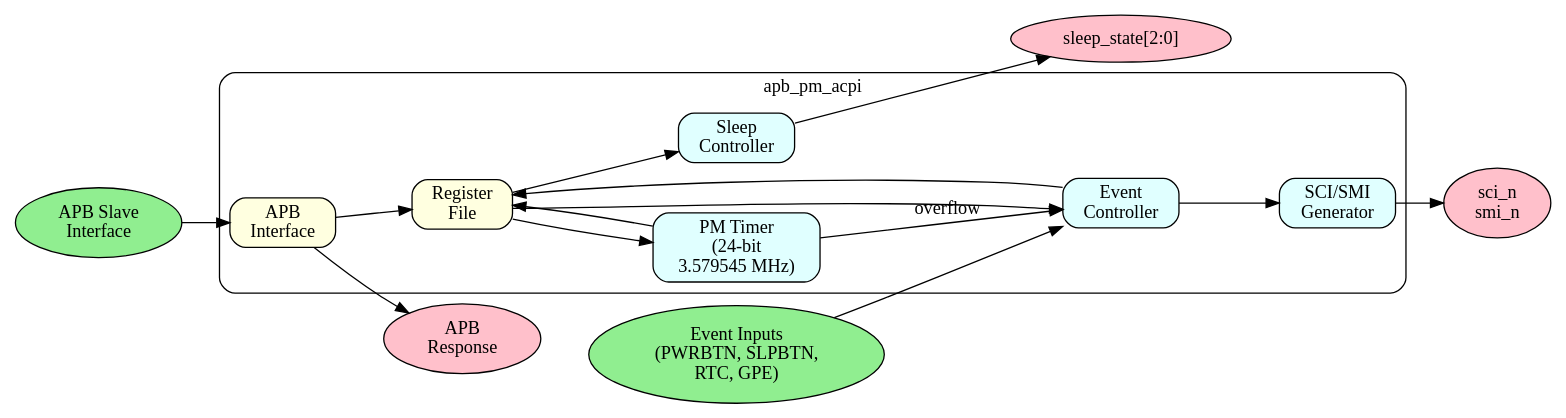
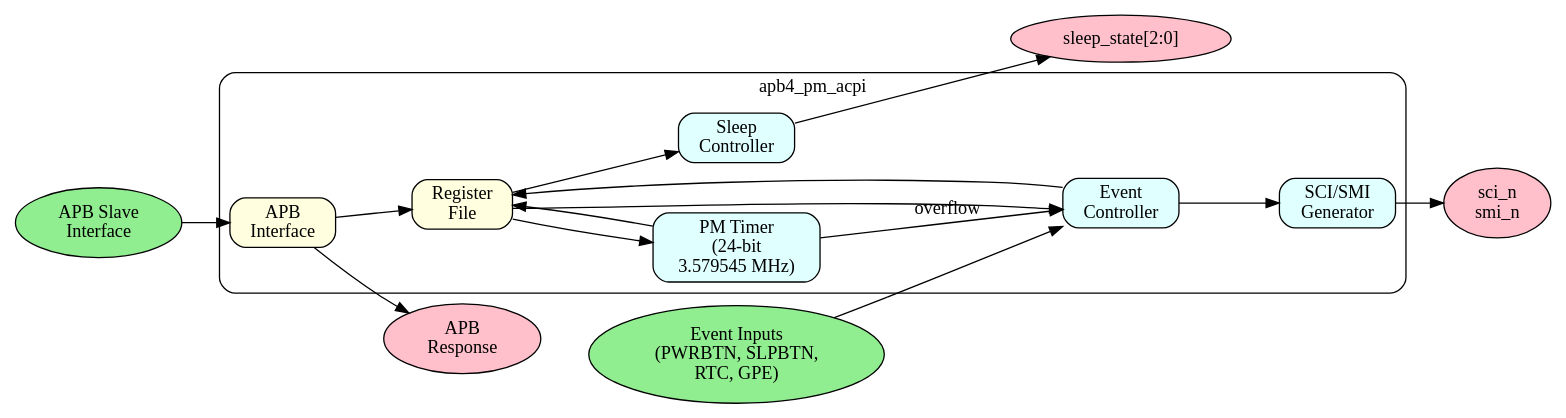
One commit to sean-galloway/RTLDesignSherpa changed the diagram in projects/components/retro_legacy_blocks/docs/pm_acpi_mas/assets/graphviz/pm_acpi_top.gv. Above: the diagram before and after it, drawn with Graphviz. The commit also changed 751 other files, not shown here.

```diff
--- a/projects/components/retro_legacy_blocks/docs/pm_acpi_mas/assets/graphviz/pm_acpi_top.gv
+++ b/projects/components/retro_legacy_blocks/docs/pm_acpi_mas/assets/graphviz/pm_acpi_top.gv
@@ -1,38 +1,38 @@
 // PM/ACPI Top-Level Block Diagram
 digraph pm_acpi_top {
     rankdir=LR;
     node [shape=box, style="rounded,filled", fillcolor=lightblue];
 
     apb_in [label="APB Slave\nInterface", shape=ellipse, fillcolor=lightgreen];
     events_in [label="Event Inputs\n(PWRBTN, SLPBTN,\nRTC, GPE)", shape=ellipse, fillcolor=lightgreen];
 
     subgraph cluster_pm {
-        label="apb_pm_acpi";
+        label="apb4_pm_acpi";
         style=rounded;
 
         apb_if [label="APB\nInterface", fillcolor=lightyellow];
         regs [label="Register\nFile", fillcolor=lightyellow];
         pm_timer [label="PM Timer\n(24-bit\n3.579545 MHz)", fillcolor=lightcyan];
         event_ctrl [label="Event\nController", fillcolor=lightcyan];
         sleep_ctrl [label="Sleep\nController", fillcolor=lightcyan];
         sci_gen [label="SCI/SMI\nGenerator", fillcolor=lightcyan];
     }
 
     sci_out [label="sci_n\nsmi_n", shape=ellipse, fillcolor=pink];
     sleep_out [label="sleep_state[2:0]", shape=ellipse, fillcolor=pink];
     apb_out [label="APB\nResponse", shape=ellipse, fillcolor=pink];
 
     apb_in -> apb_if;
     apb_if -> regs;
     apb_if -> apb_out;
     events_in -> event_ctrl;
     regs -> event_ctrl;
     event_ctrl -> regs;
     regs -> pm_timer;
     pm_timer -> regs;
     pm_timer -> event_ctrl [label="overflow"];
     regs -> sleep_ctrl;
     sleep_ctrl -> sleep_out;
     event_ctrl -> sci_gen;
     sci_gen -> sci_out;
 }
```
